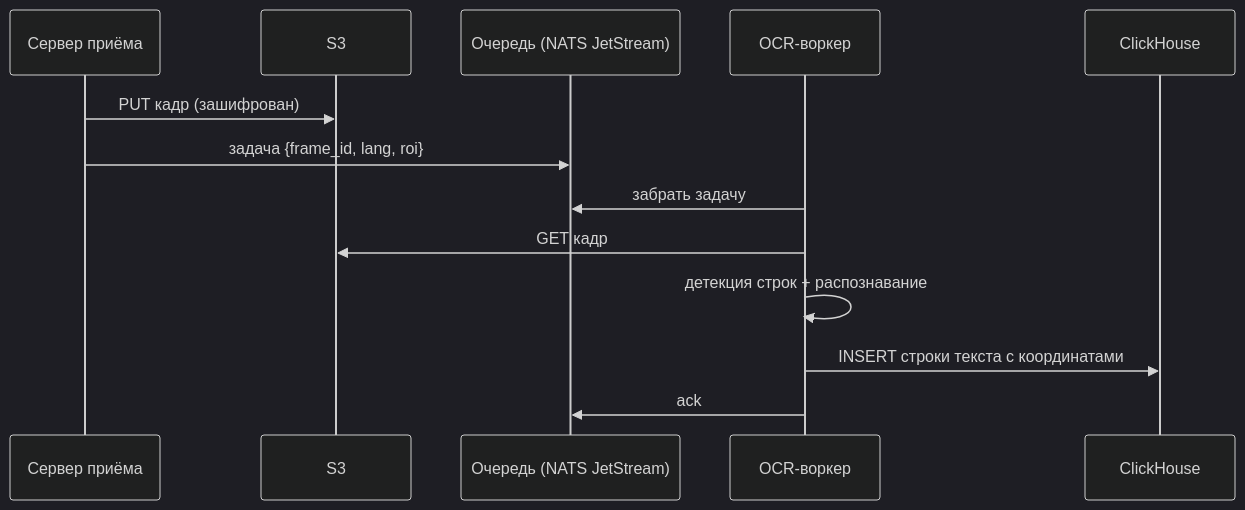
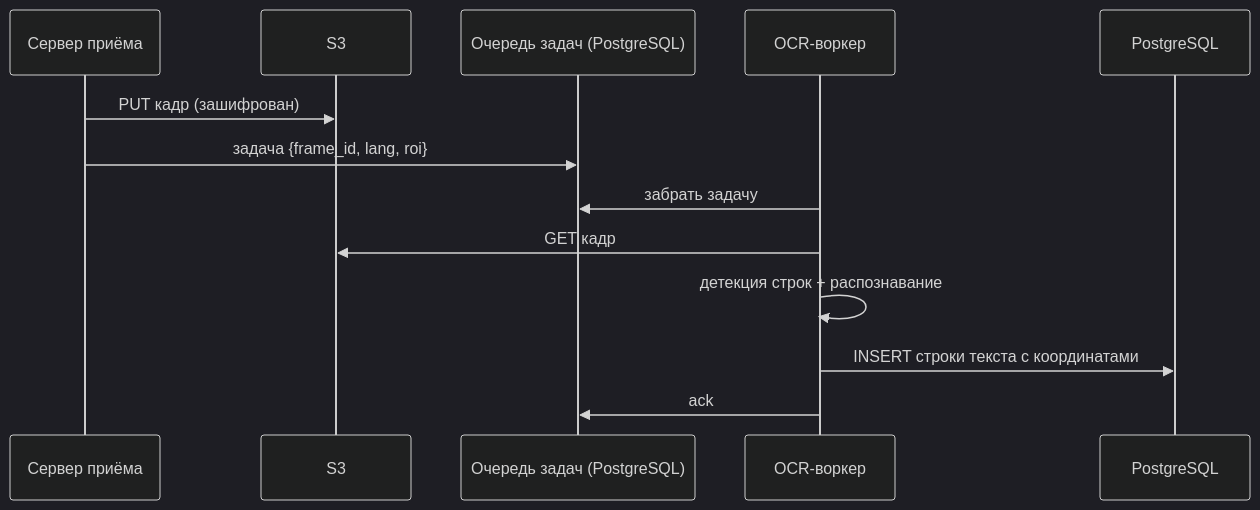
One commit to Nyrokume/rakurs-docs changed the second of 2 diagrams in content/capture.md. Above: the diagram before and after it, drawn with Mermaid (dark theme). The commit also changed other lines of this file and 43 other files, not shown here.

````diff
--- a/content/capture.md
+++ b/content/capture.md
@@ -109,15 +109,15 @@
 ```mermaid Очередь распознавания
 sequenceDiagram
   participant I as Сервер приёма
   participant S3 as S3
-  participant Q as Очередь (NATS JetStream)
+  participant Q as Очередь задач (PostgreSQL)
   participant W as OCR-воркер
-  participant CH as ClickHouse
+  participant PG as PostgreSQL
   I->>S3: PUT кадр (зашифрован)
   I->>Q: задача {frame_id, lang, roi}
   W->>Q: забрать задачу
   W->>S3: GET кадр
   W->>W: детекция строк + распознавание
-  W->>CH: INSERT строки текста с координатами
+  W->>PG: INSERT строки текста с координатами
   W->>Q: ack
 ```
````
